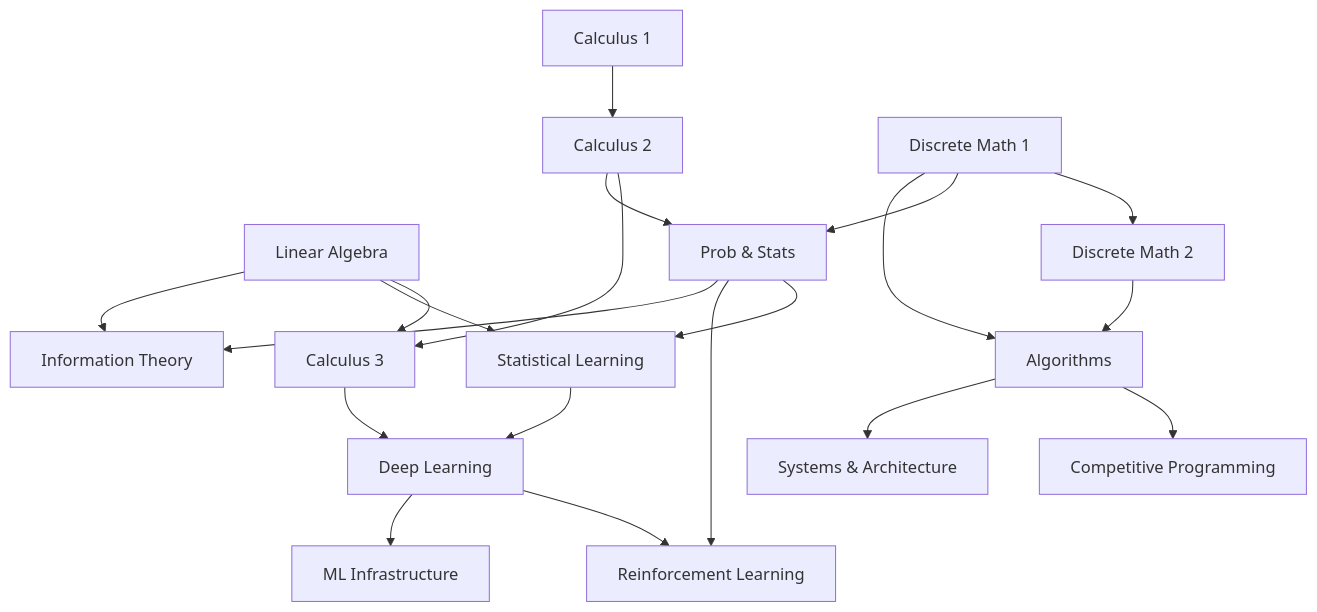
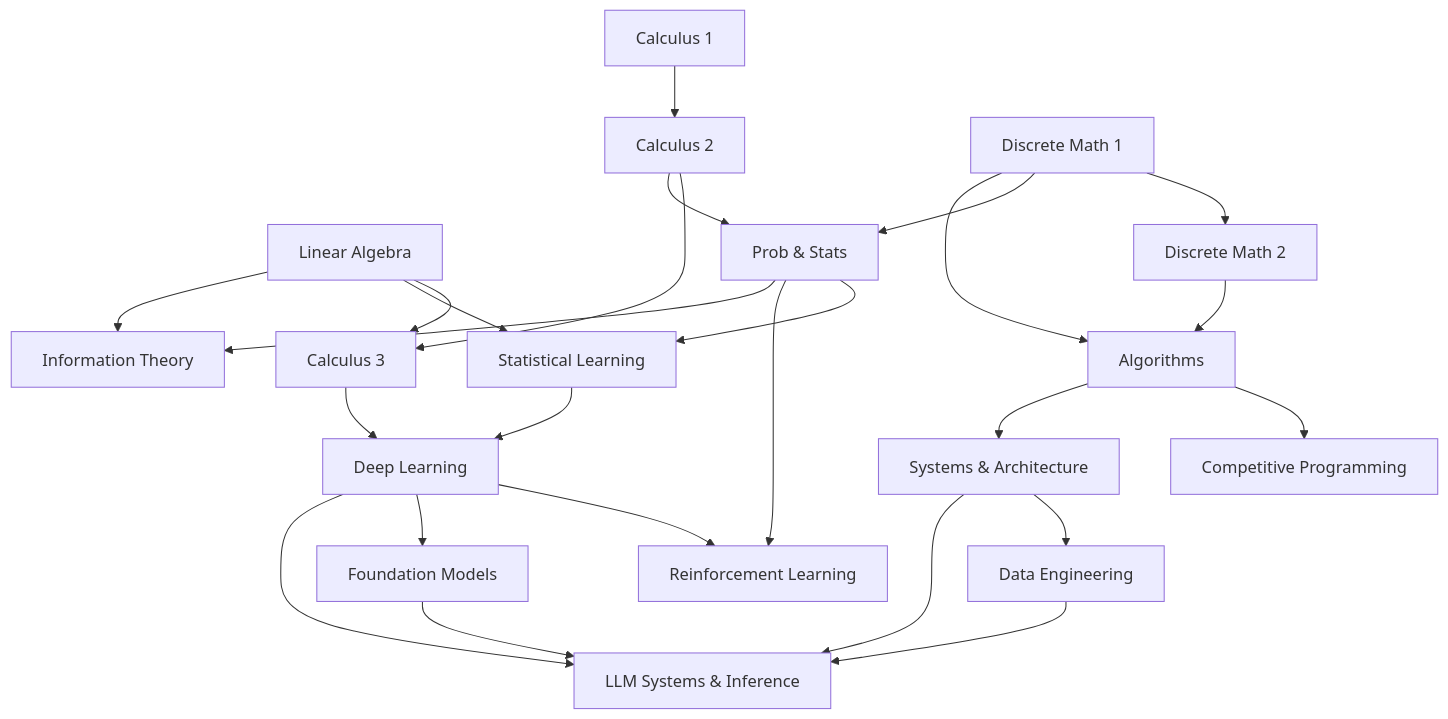
Before and after one commit to urmzd/supersource: the diagram in README.md, drawn with Mermaid. The commit also changed other lines of this file and 19 other files, not shown here.

First line of the commit message:
docs: add data engineering track and LLM systems & inference topic (#4)

````diff
--- a/README.md
+++ b/README.md
@@ -104,26 +115,31 @@
 ```mermaid
 graph TD
     C1[Calculus 1] --> C2[Calculus 2]
     C2 --> C3[Calculus 3]
     LA[Linear Algebra] --> C3
     D1[Discrete Math 1] --> D2[Discrete Math 2]
     C2 --> PS[Prob & Stats]
     D1 --> PS
 
     D1 --> ALG[Algorithms]
     D2 --> ALG
     ALG --> CP[Competitive Programming]
 
     PS --> SL[Statistical Learning]
     LA --> SL
     SL --> DL[Deep Learning]
     C3 --> DL
     DL --> RL[Reinforcement Learning]
     PS --> RL
+    DL --> FM[Foundation Models]
 
     PS --> IT[Information Theory]
     LA --> IT
 
     ALG --> SYS[Systems & Architecture]
-    DL --> MLINF[ML Infrastructure]
+    SYS --> DE[Data Engineering]
+    FM --> LLM[LLM Systems & Inference]
+    DL --> LLM
+    SYS --> LLM
+    DE --> LLM
 ```
````
